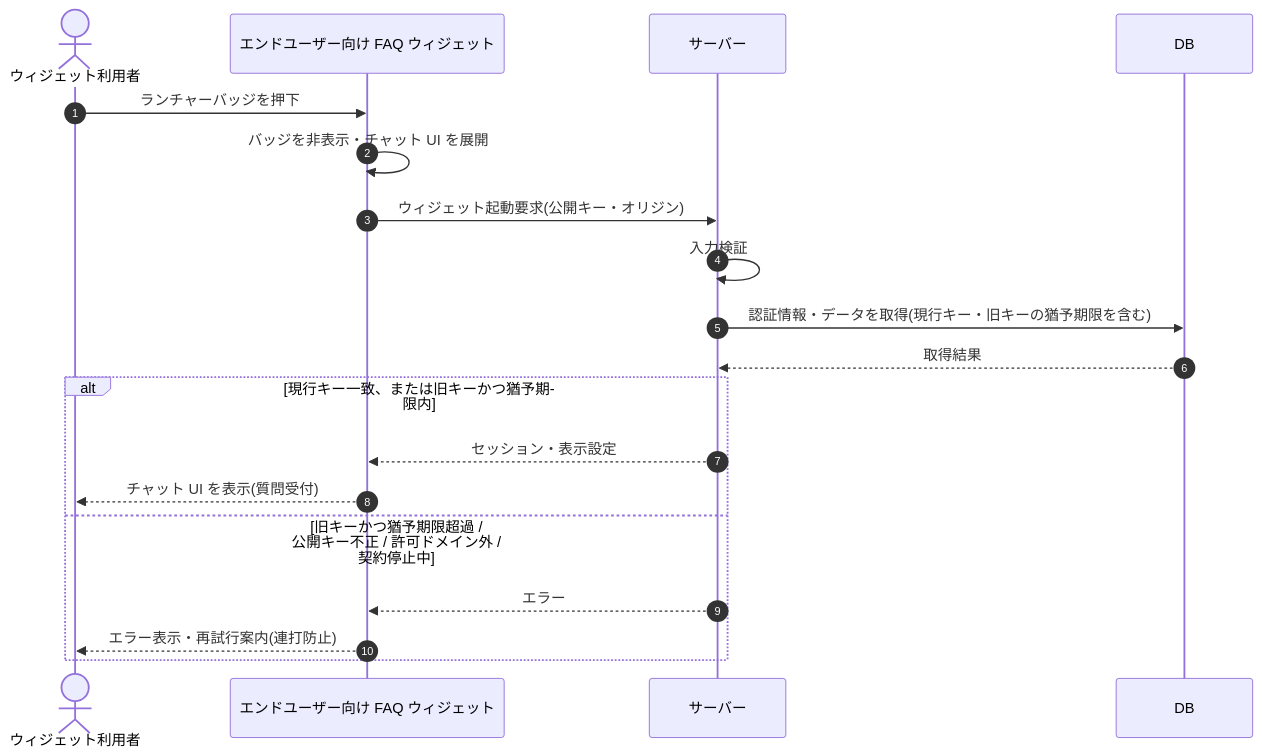
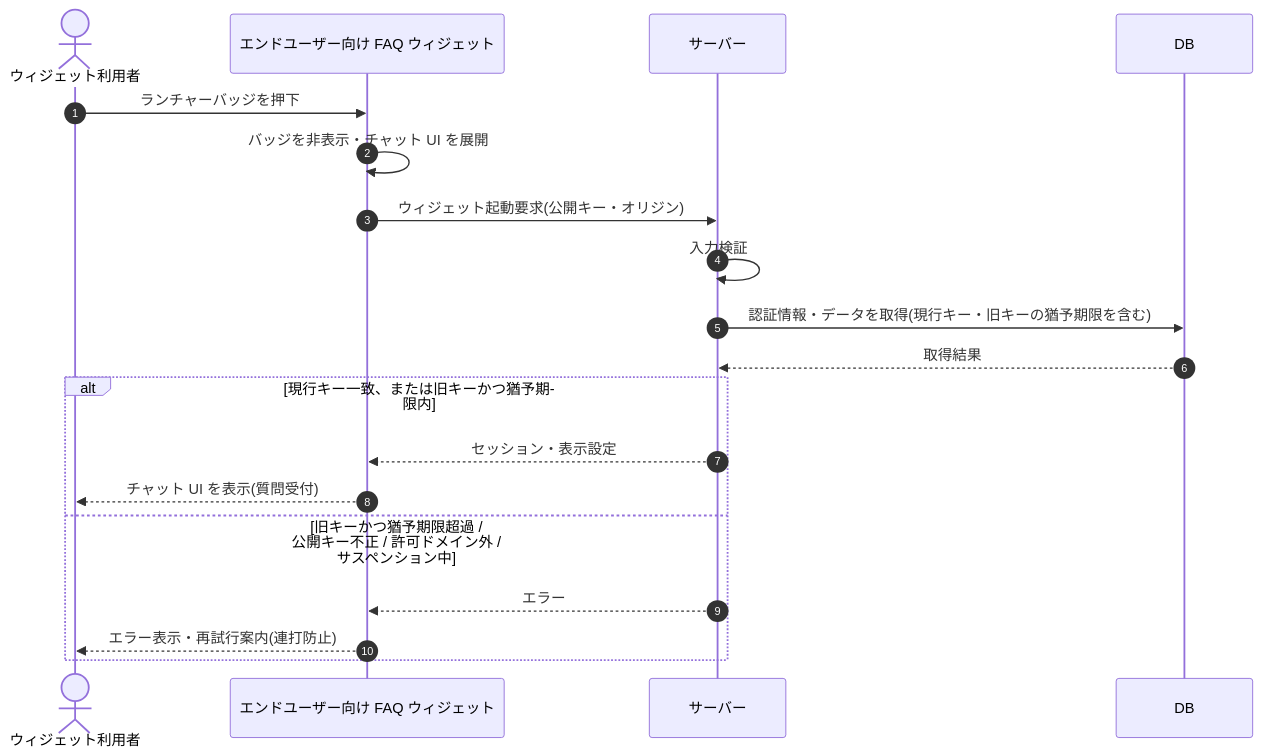
One commit to sikakou54/open-faq changed the diagram in 02_basic_design/03_sequences/SEQ-087.md. Above: the diagram before and after it, drawn with Mermaid. The commit also changed other lines of this file and 294 other files, not shown here.

````diff
--- a/02_basic_design/03_sequences/SEQ-087.md
+++ b/02_basic_design/03_sequences/SEQ-087.md
@@ -24,21 +24,21 @@
 ```mermaid
 sequenceDiagram
   autonumber
   actor U as ウィジェット利用者
   participant Screen as エンドユーザー向け FAQ ウィジェット
   participant Server as サーバー
   participant DB as DB
   U->>Screen: ランチャーバッジを押下
   Screen->>Screen: バッジを非表示・チャット UI を展開
   Screen->>Server: ウィジェット起動要求(公開キー・オリジン)
   Server->>Server: 入力検証
   Server->>DB: 認証情報・データを取得(現行キー・旧キーの猶予期限を含む)
   DB-->>Server: 取得結果
   alt 現行キー一致、または旧キーかつ猶予期限内
     Server-->>Screen: セッション・表示設定
     Screen-->>U: チャット UI を表示(質問受付)
-  else 旧キーかつ猶予期限超過 / 公開キー不正 / 許可ドメイン外 / 契約停止中
+  else 旧キーかつ猶予期限超過 / 公開キー不正 / 許可ドメイン外 / サスペンション中
     Server-->>Screen: エラー
     Screen-->>U: エラー表示・再試行案内(連打防止)
   end
 ```
````
